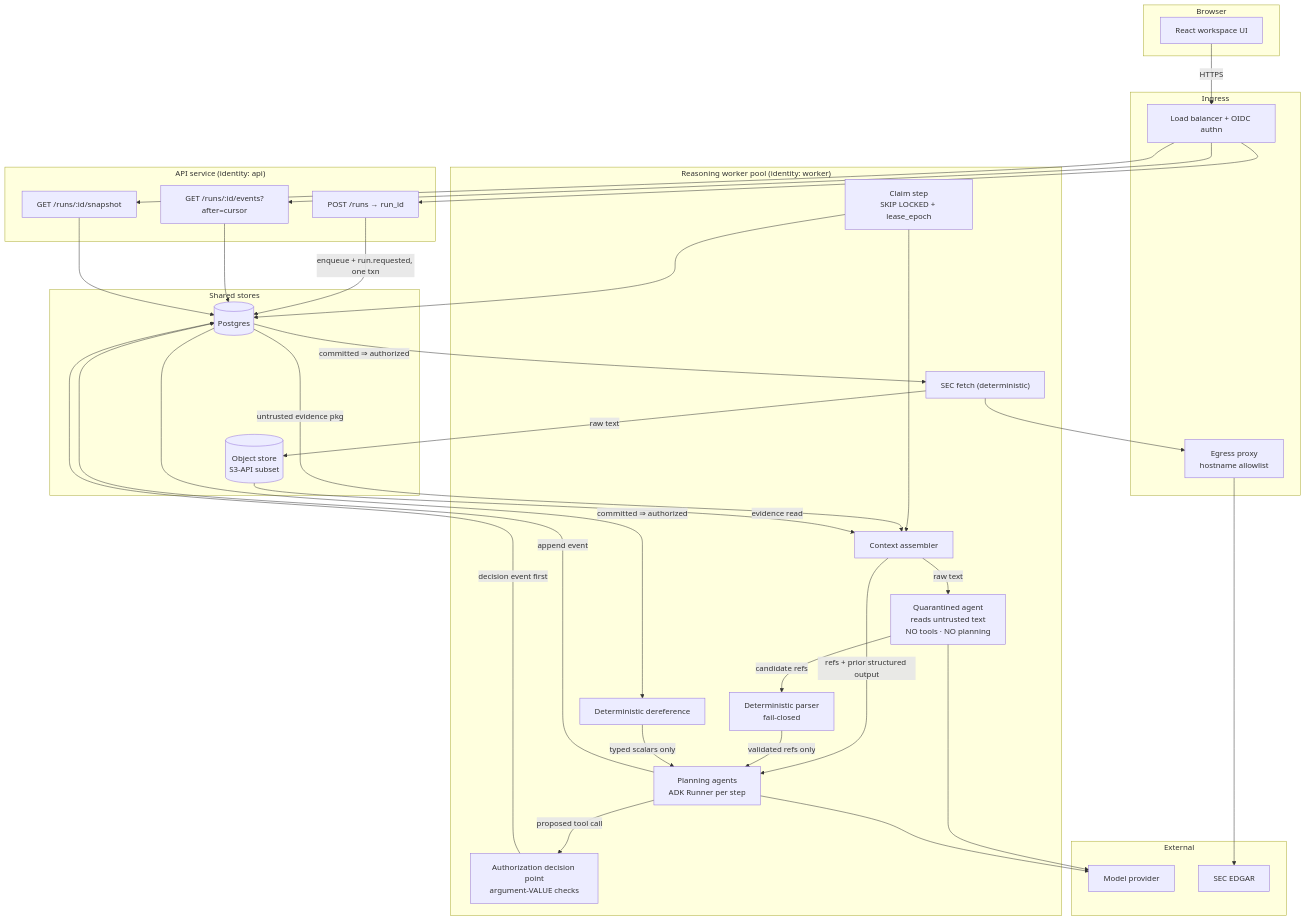
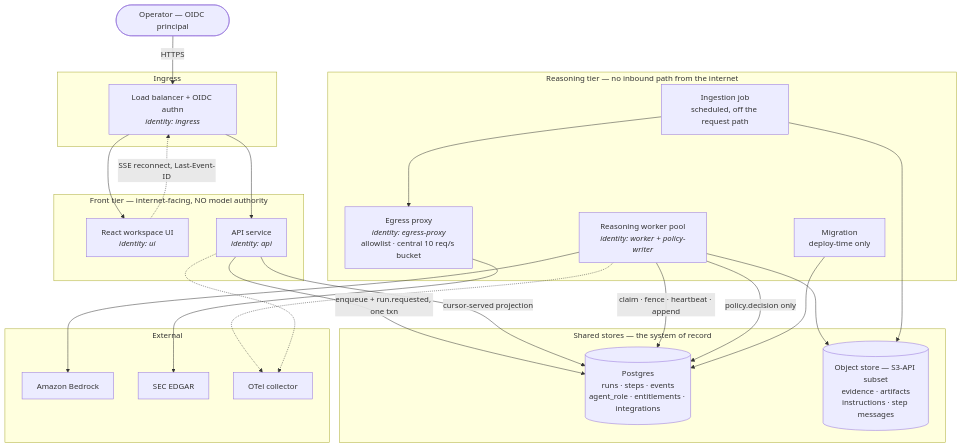
One commit to eugenelim/company-intelligence-desk changed the second of 4 diagrams in docs/architecture/inspectable-multi-agent-diligence/runtime-architecture.md. Above: the diagram before and after it, drawn with Mermaid. The commit also changed other lines of this file and 10 other files, not shown here.

First line of the commit message:
docs(architecture): restructure both architecture docs model-first

````diff
--- a/docs/architecture/inspectable-multi-agent-diligence/runtime-architecture.md
+++ b/docs/architecture/inspectable-multi-agent-diligence/runtime-architecture.md
@@ -222,64 +224,48 @@
 ```mermaid
 flowchart TB
-    subgraph browser["Browser"]
-        UI["React workspace UI"]
+%% Question: which containers hold which identity, and where does model authority live?
+%% Zoom: container
+    OP(["Operator — OIDC principal"]) -->|HTTPS| LB
+
+    subgraph edge["Ingress"]
+        LB["Load balancer + OIDC authn<br/><i>identity: ingress</i>"]
     end
 
-    subgraph edge["Ingress"]
-        LB["Load balancer + OIDC authn"]
-        PROXY["Egress proxy<br/>hostname allowlist"]
+    subgraph front["Front tier — internet-facing, NO model authority"]
+        UI["React workspace UI<br/><i>identity: ui</i>"]
+        API["API service<br/><i>identity: api</i>"]
     end
 
-    subgraph api["API service (identity: api)"]
-        REST["POST /runs → run_id"]
-        SNAP["GET /runs/:id/snapshot"]
-        SSE["GET /runs/:id/events?after=cursor"]
+    subgraph back["Reasoning tier — no inbound path from the internet"]
+        W["Reasoning worker pool<br/><i>identity: worker + policy-writer</i>"]
+        ING["Ingestion job<br/>scheduled, off the request path"]
+        PROXY["Egress proxy<br/><i>identity: egress-proxy</i><br/>allowlist · central 10 req/s bucket"]
+        MIG["Migration<br/>deploy-time only"]
     end
 
-    subgraph worker["Reasoning worker pool (identity: worker)"]
-        LEASE["Claim step<br/>SKIP LOCKED + lease_epoch"]
-        CTX["Context assembler"]
-        QA["Quarantined agent<br/>reads untrusted text<br/>NO tools · NO planning"]
-        PARSE["Deterministic parser<br/>fail-closed"]
-        DEREF["Deterministic dereference"]
-        PA["Planning agents<br/>ADK Runner per step"]
-        PDP["Authorization decision point<br/>argument-VALUE checks"]
-        FETCH["SEC fetch (deterministic)"]
-    end
-
-    subgraph stores["Shared stores"]
-        PG[("Postgres")]
-        OBJ[("Object store<br/>S3-API subset")]
+    subgraph stores["Shared stores — the system of record"]
+        PG[("Postgres<br/>runs · steps · events<br/>agent_role · entitlements · integrations")]
+        OBJ[("Object store — S3-API subset<br/>evidence · artifacts<br/>instructions · step messages")]
     end
 
     subgraph ext["External"]
-        BR["Model provider"]
+        BR["Amazon Bedrock"]
         SEC["SEC EDGAR"]
+        OTEL["OTel collector"]
     end
 
-    UI -->|HTTPS| LB
-    LB --> REST
-    LB --> SSE
-    LB --> SNAP
-    REST -->|enqueue + run.requested, one txn| PG
-    SSE --> PG
-    SNAP --> PG
-    LEASE --> PG
-    LEASE --> CTX
-    PG -->|untrusted evidence pkg| CTX
-    CTX -->|raw text| QA
-    CTX -->|refs + prior structured output| PA
-    QA --> BR
-    QA -->|candidate refs| PARSE
-    PARSE -->|validated refs only| PA
-    PA --> BR
-    PA -->|proposed tool call| PDP
-    PDP -->|decision event first| PG
-    PG -->|committed ⇒ authorized| FETCH
-    PG -->|committed ⇒ authorized| DEREF
-    DEREF -->|typed scalars only| PA
-    PA -->|append event| PG
-    FETCH --> PROXY --> SEC
-    FETCH -->|raw text| OBJ
-    OBJ -->|evidence read| CTX
+    LB --> UI
+    LB --> API
+    UI -.->|SSE reconnect, Last-Event-ID| LB
+    API -->|enqueue + run.requested, one txn| PG
+    API -->|cursor-served projection| PG
+    W -->|claim · fence · heartbeat · append| PG
+    W -->|policy.decision only| PG
+    W --> OBJ
+    W --> BR
+    ING --> PROXY --> SEC
+    ING --> OBJ
+    MIG --> PG
+    W -.-> OTEL
+    API -.-> OTEL
 ```
````
